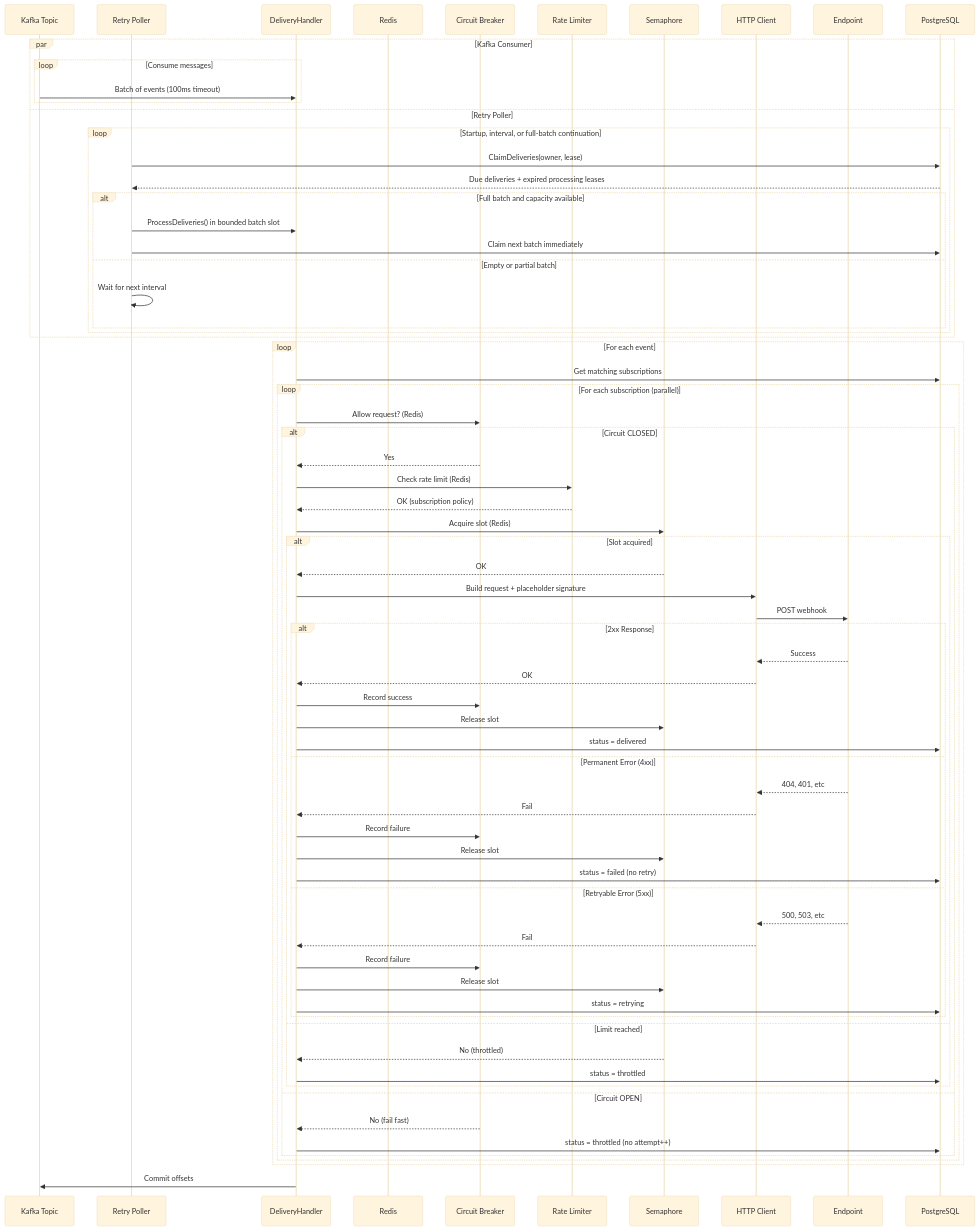
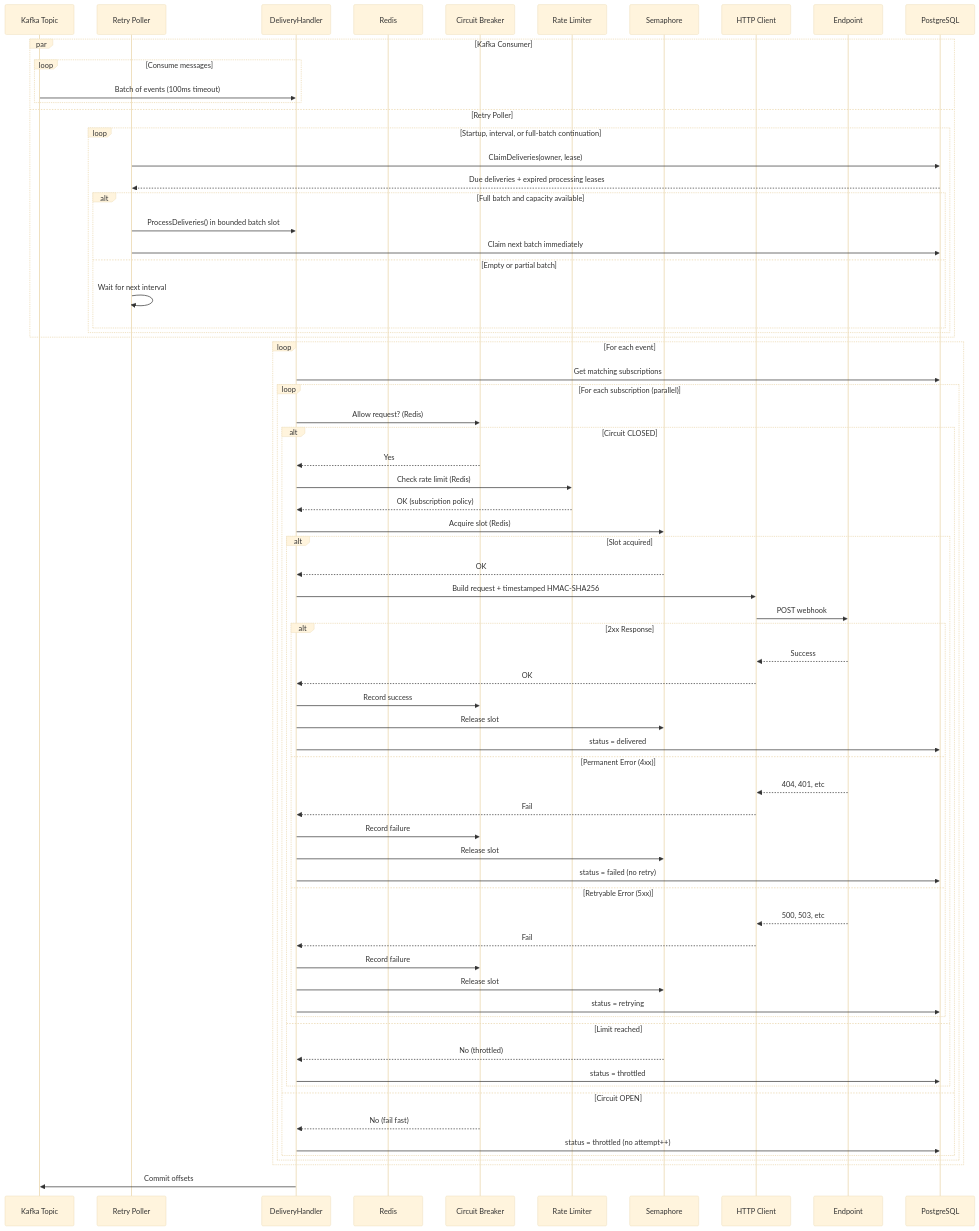
Before and after one commit to felipepmaragno/webhook-service: the fifth of 13 diagrams in docs/architecture.md, drawn with Mermaid (base theme). The commit also changed other lines of this file and 18 other files, not shown here.

````diff
--- a/docs/architecture.md
+++ b/docs/architecture.md
@@ -226,80 +227,80 @@
 ```mermaid
 sequenceDiagram
     participant Kafka as Kafka Topic
     participant Poller as Retry Poller
     participant Worker as DeliveryHandler
     participant Redis as Redis
     participant CB as Circuit Breaker
     participant RL as Rate Limiter
     participant Sem as Semaphore
     participant HTTP as HTTP Client
     participant Endpoint
     participant DB as PostgreSQL
 
     par Kafka Consumer
         loop Consume messages
             Kafka->>Worker: Batch of events (100ms timeout)
         end
     and Retry Poller
         loop Startup, interval, or full-batch continuation
             Poller->>DB: ClaimDeliveries(owner, lease)
             DB-->>Poller: Due deliveries + expired processing leases
             alt Full batch and capacity available
                 Poller->>Worker: ProcessDeliveries() in bounded batch slot
                 Poller->>DB: Claim next batch immediately
             else Empty or partial batch
                 Poller->>Poller: Wait for next interval
             end
         end
     end
     
     loop For each event
         Worker->>DB: Get matching subscriptions
         
         loop For each subscription (parallel)
             Worker->>CB: Allow request? (Redis)
             
             alt Circuit CLOSED
                 CB-->>Worker: Yes
                 Worker->>RL: Check rate limit (Redis)
                 RL-->>Worker: OK (subscription policy)
                 Worker->>Sem: Acquire slot (Redis)
                 
                 alt Slot acquired
                     Sem-->>Worker: OK
-                    Worker->>HTTP: Build request + placeholder signature
+                    Worker->>HTTP: Build request + timestamped HMAC-SHA256
                     HTTP->>Endpoint: POST webhook
                     
                     alt 2xx Response
                         Endpoint-->>HTTP: Success
                         HTTP-->>Worker: OK
                         Worker->>CB: Record success
                         Worker->>Sem: Release slot
                         Worker->>DB: status = delivered
                     else Permanent Error (4xx)
                         Endpoint-->>HTTP: 404, 401, etc
                         HTTP-->>Worker: Fail
                         Worker->>CB: Record failure
                         Worker->>Sem: Release slot
                         Worker->>DB: status = failed (no retry)
                     else Retryable Error (5xx)
                         Endpoint-->>HTTP: 500, 503, etc
                         HTTP-->>Worker: Fail
                         Worker->>CB: Record failure
                         Worker->>Sem: Release slot
                         Worker->>DB: status = retrying
                     end
                 else Limit reached
                     Sem-->>Worker: No (throttled)
                     Worker->>DB: status = throttled
                 end
                 
             else Circuit OPEN
                 CB-->>Worker: No (fail fast)
                 Worker->>DB: status = throttled (no attempt++)
             end
         end
     end
     
     Worker->>Kafka: Commit offsets
 ```
````
